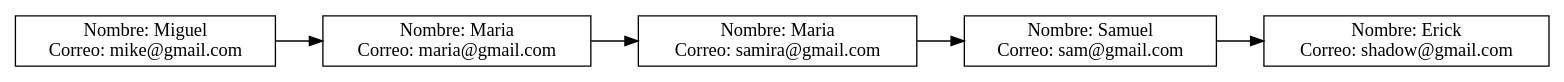
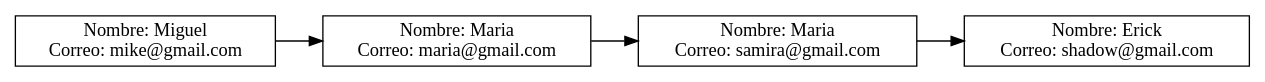
One commit to Kevin-alvarez1/PROYECTO_MULTIFASES_RED_SOCIAL changed the diagram in output/usuarios.dot. Above: the diagram before and after it, drawn with Graphviz. The commit also changed 4 other files, not shown here.

```diff
--- a/output/usuarios.dot
+++ b/output/usuarios.dot
@@ -1,13 +1,11 @@
 digraph G {
 node [shape=record];
 rankdir=LR;
 node0 [label="{Nombre: Miguel\nCorreo: mike@gmail.com}"];
 node0 -> node1;
 node1 [label="{Nombre: Maria\nCorreo: maria@gmail.com}"];
 node1 -> node2;
 node2 [label="{Nombre: Maria\nCorreo: samira@gmail.com}"];
 node2 -> node3;
-node3 [label="{Nombre: Samuel\nCorreo: sam@gmail.com}"];
-node3 -> node4;
-node4 [label="{Nombre: Erick\nCorreo: shadow@gmail.com}"];
+node3 [label="{Nombre: Erick\nCorreo: shadow@gmail.com}"];
 }
```
